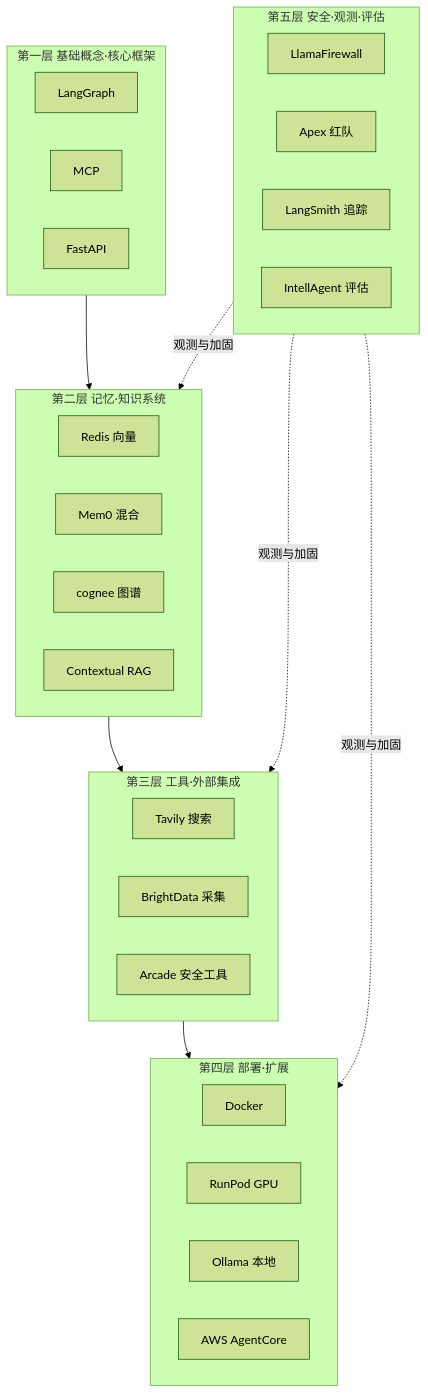
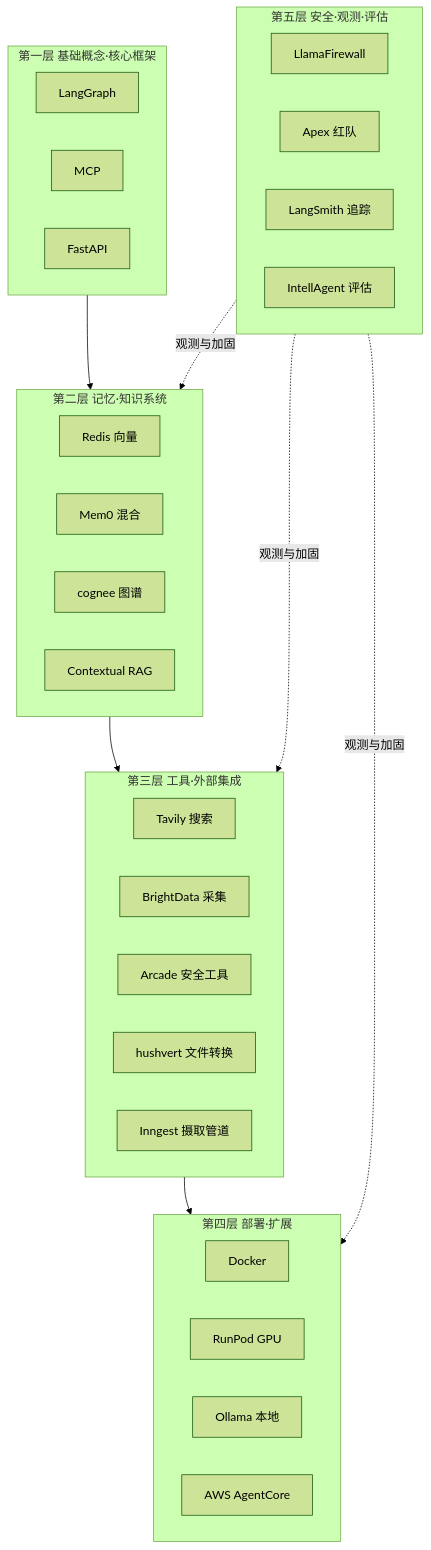
The diagram in content/posts/tech/agents-towards-production-llm-agents-guide.md (A1pha3/text-matrix), drawn with Mermaid (forest theme) before and after one commit. The commit also changed other lines of this file and 227 other files, not shown here.

````diff
--- a/content/posts/tech/agents-towards-production-llm-agents-guide.md
+++ b/content/posts/tech/agents-towards-production-llm-agents-guide.md
@@ -54,35 +55,37 @@
 ```mermaid
 flowchart TB
     subgraph L5["第五层 安全·观测·评估"]
         L5a[LlamaFirewall]
         L5b[Apex 红队]
         L5c[LangSmith 追踪]
         L5d[IntellAgent 评估]
     end
     subgraph L4["第四层 部署·扩展"]
         L4a[Docker]
         L4b[RunPod GPU]
         L4c[Ollama 本地]
         L4d[AWS AgentCore]
     end
     subgraph L3["第三层 工具·外部集成"]
         L3a[Tavily 搜索]
         L3b[BrightData 采集]
         L3c[Arcade 安全工具]
+        L3e[hushvert 文件转换]
+        L3f[Inngest 摄取管道]
     end
     subgraph L2["第二层 记忆·知识系统"]
         L2a[Redis 向量]
         L2b[Mem0 混合]
         L2c[cognee 图谱]
         L2d[Contextual RAG]
     end
     subgraph L1["第一层 基础概念·核心框架"]
         L1a[LangGraph]
         L1b[MCP]
         L1c[FastAPI]
     end
     L1 --> L2 --> L3 --> L4
     L5 -.观测与加固.-> L4
     L5 -.观测与加固.-> L3
     L5 -.观测与加固.-> L2
 ```
````
